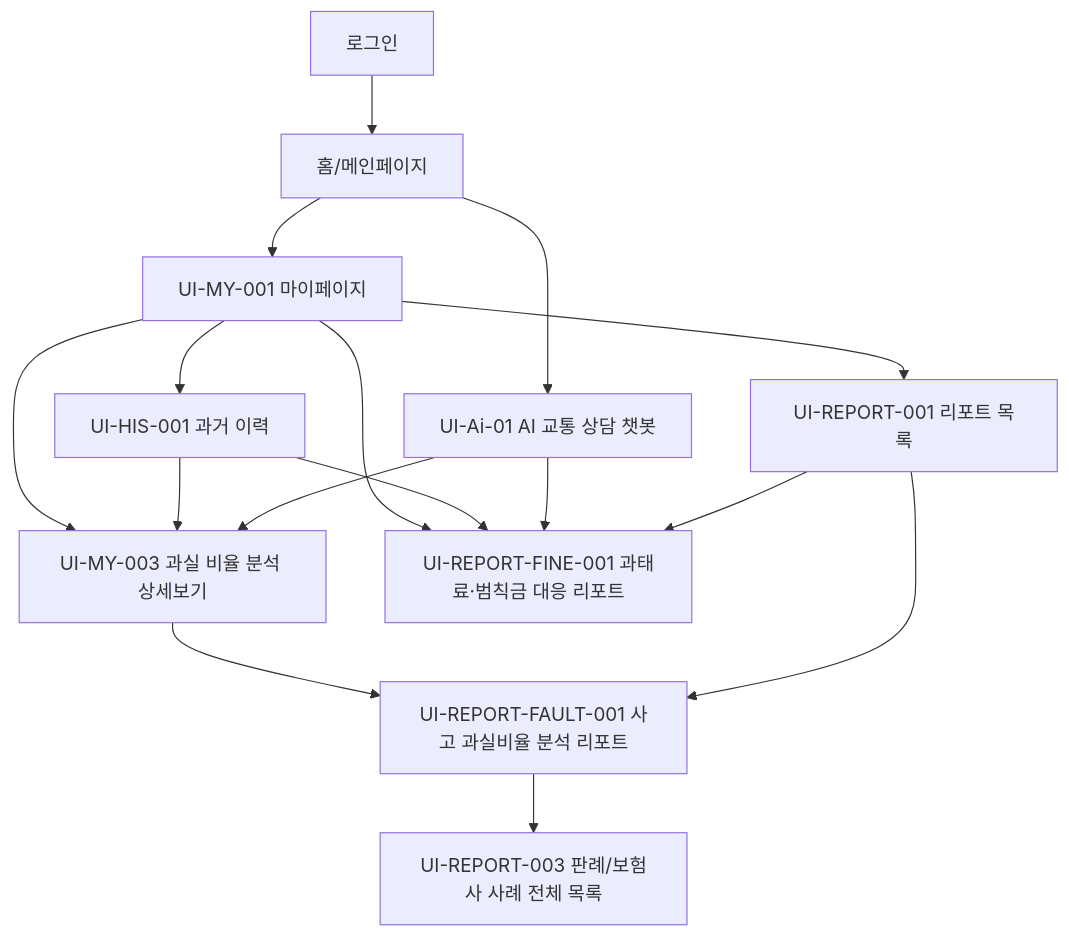
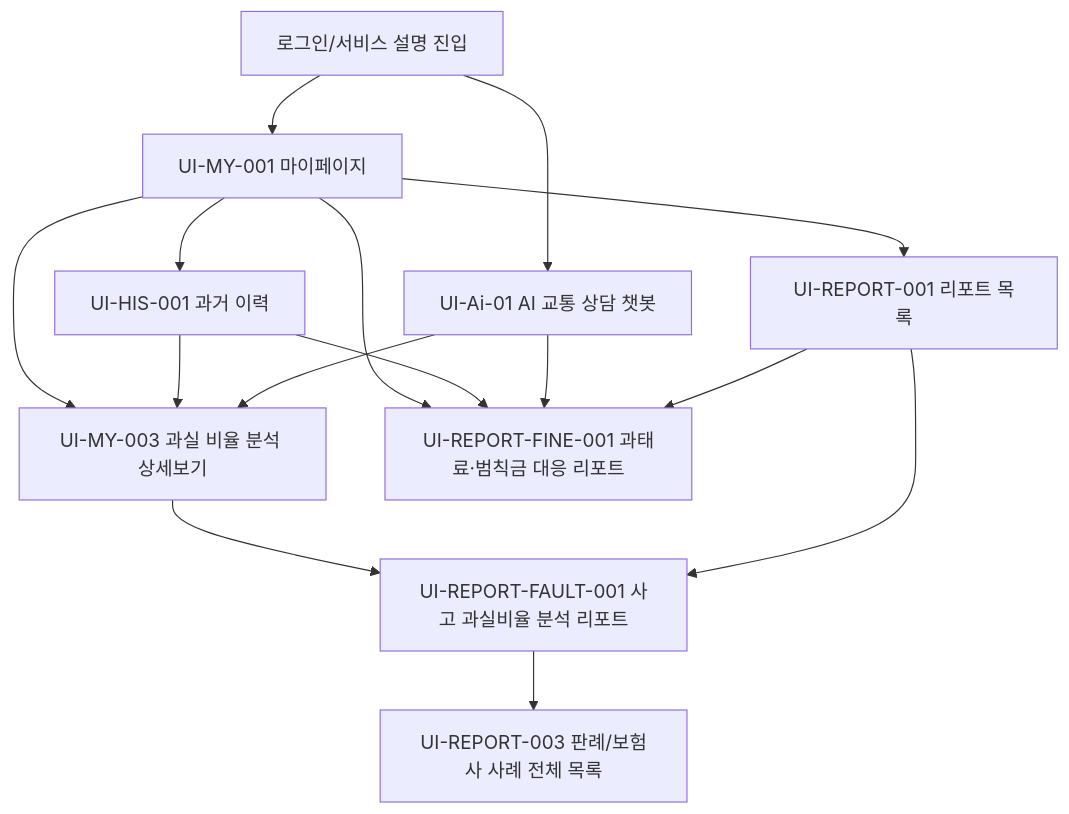
Before and after one commit to SKNETWORKS-FAMILY-AICAMP/SKN27-FINAL-3Team: the diagram in docs/screen-design-specification.md, drawn with Mermaid. The commit also changed other lines of this file and 11 other files, not shown here.

````diff
--- a/docs/screen-design-specification.md
+++ b/docs/screen-design-specification.md
@@ -553,29 +574,27 @@
 ```mermaid
 flowchart TD
-    Login["로그인"]
-    Home["홈/메인페이지"]
+    Entry["로그인/서비스 설명 진입"]
     MyPage["UI-MY-001 마이페이지"]
     Chat["UI-Ai-01 AI 교통 상담 챗봇"]
     History["UI-HIS-001 과거 이력"]
     FaultDetail["UI-MY-003 과실 비율 분석 상세보기"]
     ReportList["UI-REPORT-001 리포트 목록"]
     FaultReport["UI-REPORT-FAULT-001 사고 과실비율 분석 리포트"]
     FineReport["UI-REPORT-FINE-001 과태료·범칙금 대응 리포트"]
     CaseList["UI-REPORT-003 판례/보험사 사례 전체 목록"]
 
-    Login --> Home
-    Home --> MyPage
-    Home --> Chat
+    Entry --> Chat
+    Entry --> MyPage
     MyPage --> History
     MyPage --> ReportList
     MyPage --> FaultDetail
     MyPage --> FineReport
     History --> FaultDetail
     History --> FineReport
     Chat --> FaultDetail
     Chat --> FineReport
     FaultDetail --> FaultReport
     ReportList --> FaultReport
     ReportList --> FineReport
     FaultReport --> CaseList
 ```
````
